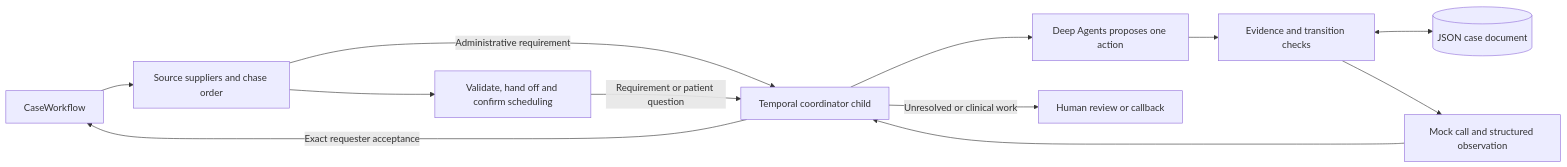
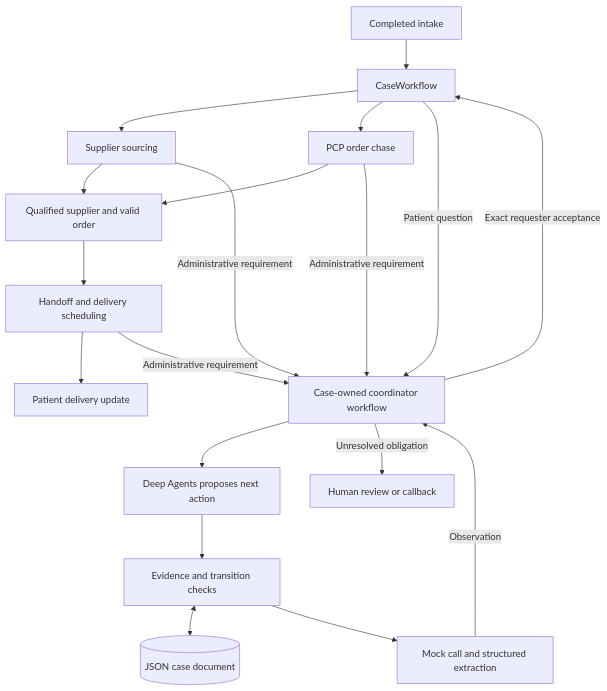
The first of 2 diagrams in WRITEUP.md (ashutosh-iitg/mira-dme-coordination), drawn with Mermaid before and after one commit. The commit also changed other lines of this file, not shown here.

````diff
--- a/WRITEUP.md
+++ b/WRITEUP.md
@@ -9,14 +38,22 @@
 ```mermaid
-flowchart LR
-    C[CaseWorkflow] --> W[Source suppliers and chase order]
-    W --> F[Validate, hand off and confirm scheduling]
-    W -->|Administrative requirement| T[Temporal coordinator child]
-    F -->|Requirement or patient question| T
-    T --> A[Deep Agents proposes one action]
-    A --> G[Evidence and transition checks]
-    G <--> J[(JSON case document)]
-    G --> M[Mock call and structured observation]
-    M --> T
-    T -->|Exact requester acceptance| C
-    T -->|Unresolved or clinical work| H[Human review or callback]
+flowchart TB
+    START[Completed intake] --> CASE[CaseWorkflow]
+    CASE --> SOURCE[Supplier sourcing]
+    CASE --> ORDER[PCP order chase]
+    SOURCE --> MATCH[Qualified supplier and valid order]
+    ORDER --> MATCH
+    MATCH --> FULFILL[Handoff and delivery scheduling]
+    FULFILL --> UPDATE[Patient delivery update]
+
+    SOURCE -->|Administrative requirement| COORD[Case-owned coordinator workflow]
+    ORDER -->|Administrative requirement| COORD
+    FULFILL -->|Administrative requirement| COORD
+    CASE -->|Patient question| COORD
+    COORD --> PLAN[Deep Agents proposes next action]
+    PLAN --> GUARD[Evidence and transition checks]
+    GUARD <--> JSON[(JSON case document)]
+    GUARD --> CALL[Mock call and structured extraction]
+    CALL -->|Observation| COORD
+    COORD -->|Exact requester acceptance| CASE
+    COORD -->|Unresolved obligation| HUMAN[Human review or callback]
 ```
````
